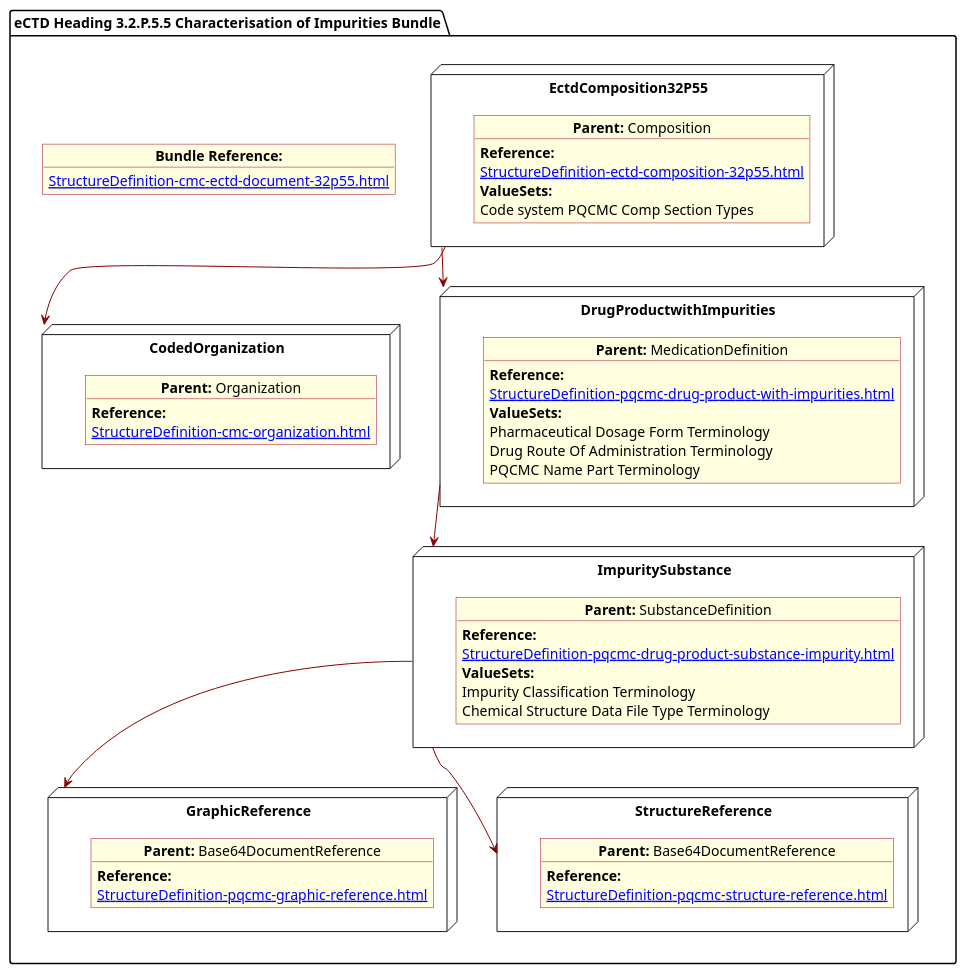
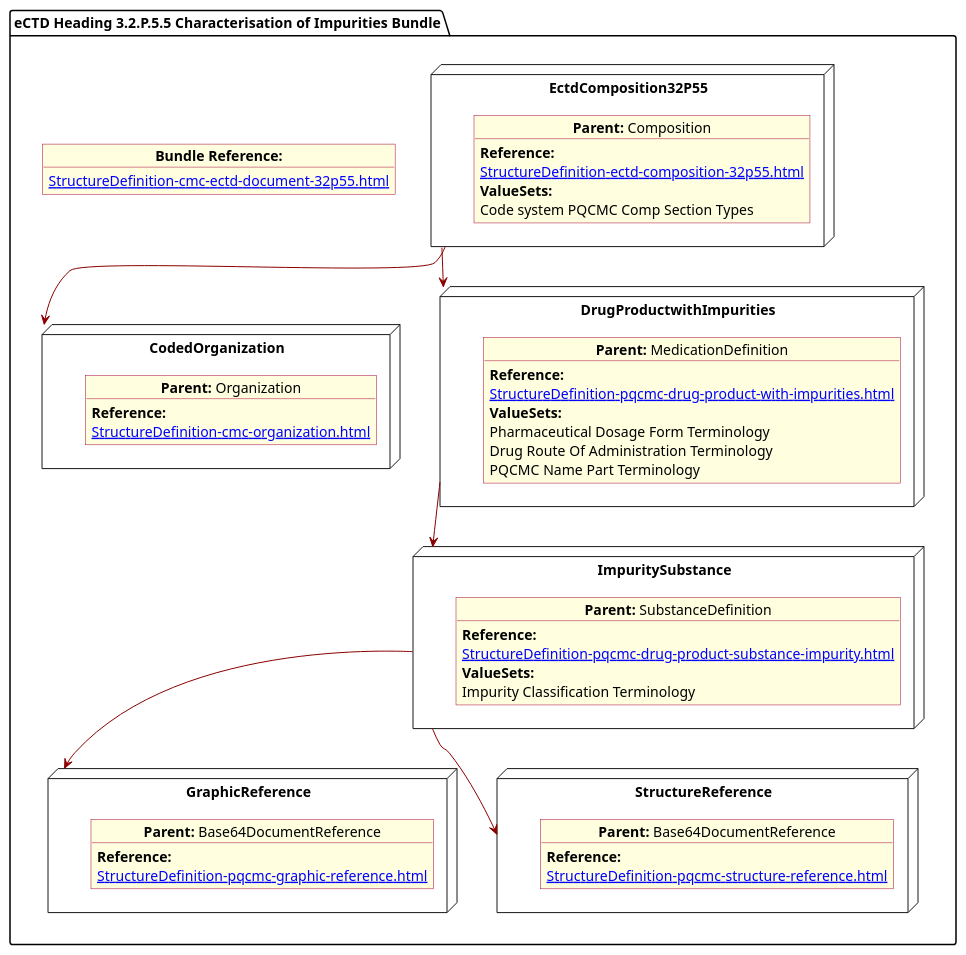
One commit to HL7/FHIR-us-pq-cmc-fda changed the diagram in input/images-source/CharacImprity.plantuml. Above: the diagram before and after it, drawn with PlantUML. The commit also changed 7 other files, not shown here.

```diff
--- a/input/images-source/CharacImprity.plantuml
+++ b/input/images-source/CharacImprity.plantuml
@@ -1,79 +1,78 @@
 @startuml CharacImprity
 allowmixing
 'Mixed model of use case and object
 skinparam svgDimensionStyle false
 skinparam ObjectBackgroundColor LightYellow
 skinparam ObjectBorderColor #A80036
 skinparam activityDiamondBorderColor #A80036
 skinparam activityDiamondBackgroundColor lawnGreen
 skinparam ClassBorderThickness 4
 
 package "eCTD Heading 3.2.P.5.5 Characterisation of Impurities Bundle" as NODES {
 
   object "**Bundle Reference:**" as objbun {
     [[StructureDefinition-cmc-ectd-document-32p55.html]]
   }
 
   node "EctdComposition32P55" as N1 {
 
     object "**Parent:** Composition" as obj1 {
       **Reference:**
       [[StructureDefinition-ectd-composition-32p55.html]]
       **ValueSets:**
       Code system PQCMC Comp Section Types
     }
   }
   node "GraphicReference" as NB64 {
 
     object "**Parent:** Base64DocumentReference"  as obj64 {
       **Reference:**
       [[StructureDefinition-pqcmc-graphic-reference.html]]
     }
   }
   node "StructureReference" as NBstruc {
 
     object "**Parent:** Base64DocumentReference"  as objb64 {
       **Reference:**
       [[StructureDefinition-pqcmc-structure-reference.html]]
     }
   }
 
   node "CodedOrganization" as NSO {
 
     object "**Parent:** Organization" as objAu {
       **Reference:**
       [[StructureDefinition-cmc-organization.html]]
     }
   }
 
   node "DrugProductwithImpurities" as NN {
 
     object "**Parent:** MedicationDefinition" as obj3 {
 
       **Reference:**
       [[StructureDefinition-pqcmc-drug-product-with-impurities.html]]
       **ValueSets:**
       Pharmaceutical Dosage Form Terminology
       Drug Route Of Administration Terminology
       PQCMC Name Part Terminology
     }
   }
 
   node "ImpuritySubstance" as N6 {
 
     object "**Parent:** SubstanceDefinition" as obj2 {
       **Reference:**
       [[StructureDefinition-pqcmc-drug-product-substance-impurity.html]]
       **ValueSets:**
       Impurity Classification Terminology
-      Chemical Structure Data File Type Terminology
     }
   }
   N1 -[#darkred]-> NSO
   NN -[#darkred]-> N6
   N1 -[#darkred]-> NN
   N6 -[#darkred]-> NB64
   N6 -[#darkred]-> NBstruc
 
 }
 @enduml
```
